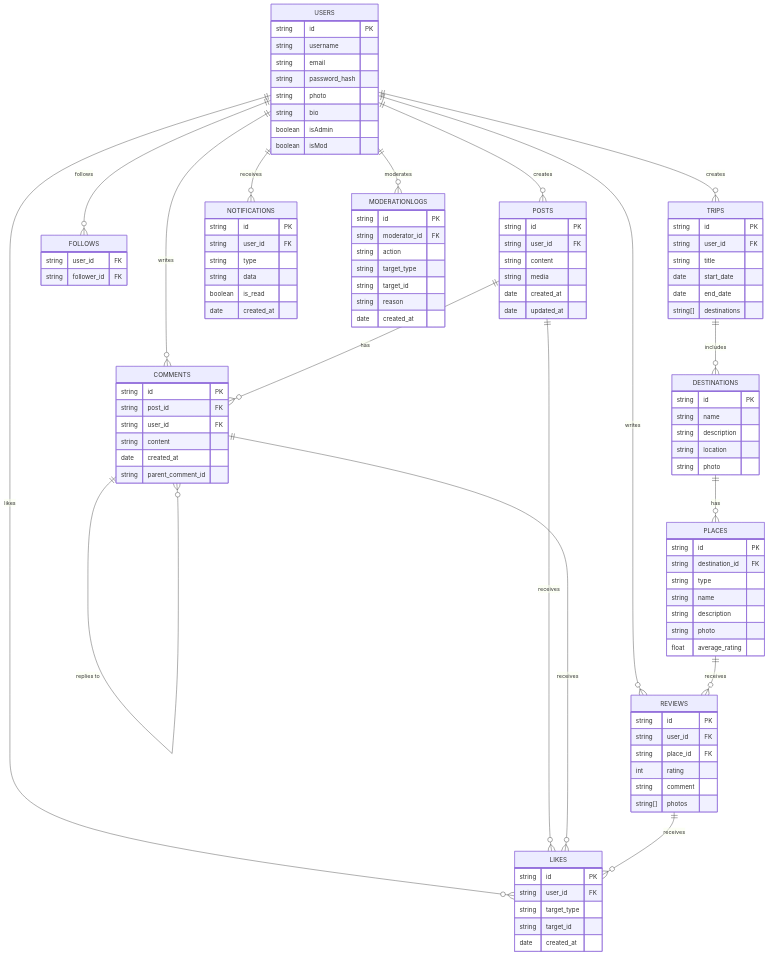
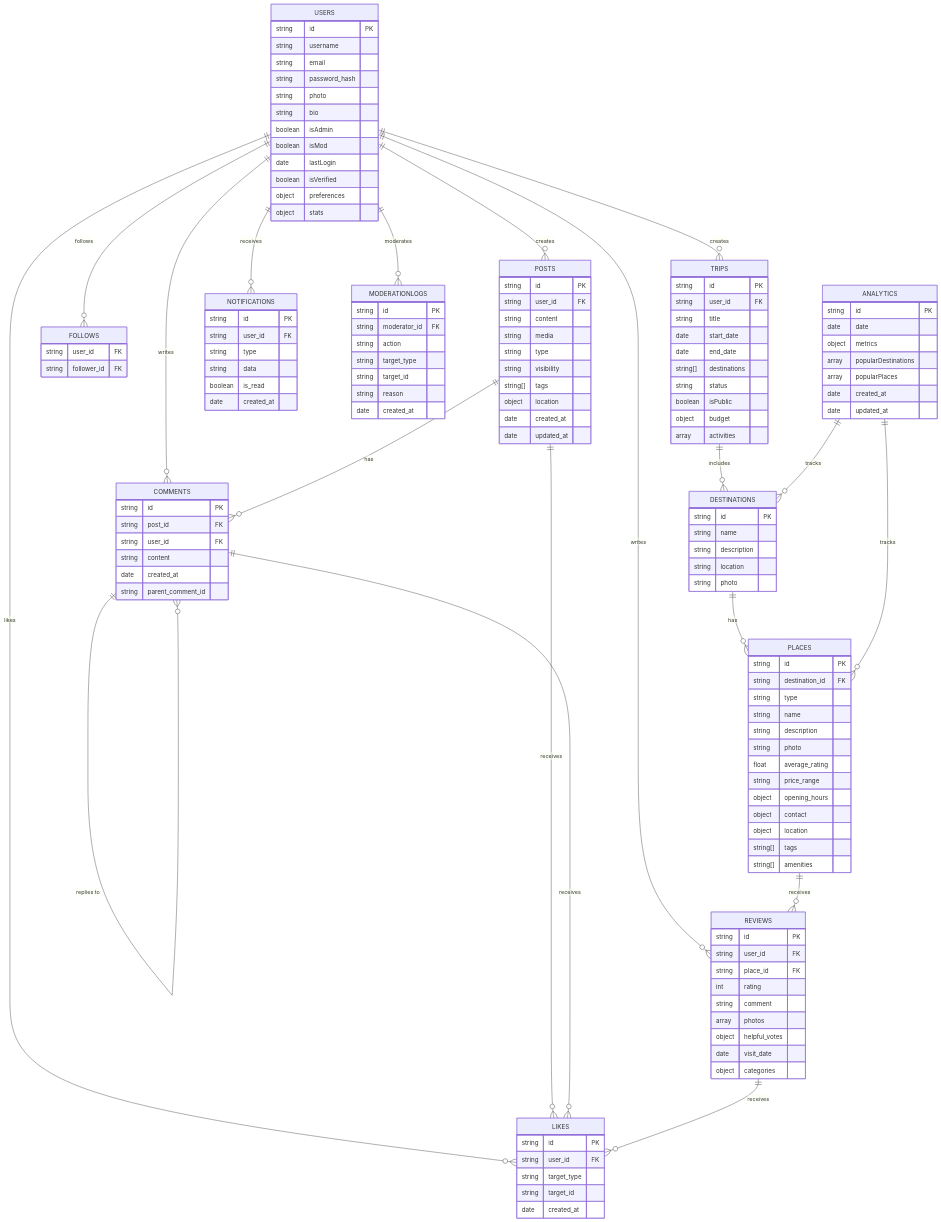
One commit to 8L4CK-8L4Z3/Hermes changed the diagram in DB.mermaid. Above: the diagram before and after it, drawn with Mermaid. The commit also changed 34 other files, not shown here.

```diff
--- a/DB.mermaid
+++ b/DB.mermaid
@@ -1,104 +1,136 @@
 erDiagram
   USERS {
     string id PK
     string username
     string email
     string password_hash
     string photo
     string bio
     boolean isAdmin
     boolean isMod
+    date lastLogin
+    boolean isVerified
+    object preferences
+    object stats
   }
   TRIPS {
     string id PK
     string user_id FK
     string title
     date start_date
     date end_date
     string[] destinations
+    string status
+    boolean isPublic
+    object budget
+    array activities
   }
   DESTINATIONS {
     string id PK
     string name
     string description
     string location
     string photo
   }
   PLACES {
     string id PK
     string destination_id FK
     string type
     string name
     string description
     string photo
     float average_rating
+    string price_range
+    object opening_hours
+    object contact
+    object location
+    string[] tags
+    string[] amenities
   }
   REVIEWS {
     string id PK
     string user_id FK
     string place_id FK
     int rating
     string comment
-    string[] photos
+    array photos
+    object helpful_votes
+    date visit_date
+    object categories
   }
   FOLLOWS {
     string user_id FK
     string follower_id FK
   }
   POSTS {
     string id PK
     string user_id FK
     string content
     string media
+    string type
+    string visibility
+    string[] tags
+    object location
     date created_at
     date updated_at
   }
   COMMENTS {
     string id PK
     string post_id FK
     string user_id FK
     string content
     date created_at
     string parent_comment_id
   }
   LIKES {
     string id PK
     string user_id FK
     string target_type
     string target_id
     date created_at
   }
   NOTIFICATIONS {
     string id PK
     string user_id FK
     string type
     string data
     boolean is_read
     date created_at
   }
   MODERATIONLOGS {
     string id PK
     string moderator_id FK
     string action
     string target_type
     string target_id
     string reason
     date created_at
   }
+  ANALYTICS {
+    string id PK
+    date date
+    object metrics
+    array popularDestinations
+    array popularPlaces
+    date created_at
+    date updated_at
+  }
 
   USERS ||--o{ TRIPS : "creates"
   USERS ||--o{ REVIEWS : "writes"
   USERS ||--o{ POSTS : "creates"
   USERS ||--o{ COMMENTS : "writes"
   USERS ||--o{ FOLLOWS : "follows"
   USERS ||--o{ LIKES : "likes"
   USERS ||--o{ NOTIFICATIONS : "receives"
   USERS ||--o{ MODERATIONLOGS : "moderates"
   TRIPS ||--o{ DESTINATIONS : "includes"
   DESTINATIONS ||--o{ PLACES : "has"
   PLACES ||--o{ REVIEWS : "receives"
   POSTS ||--o{ COMMENTS : "has"
   POSTS ||--o{ LIKES : "receives"
   COMMENTS ||--o{ LIKES : "receives"
   REVIEWS ||--o{ LIKES : "receives"
   COMMENTS ||--o{ COMMENTS : "replies to"
+  ANALYTICS ||--o{ DESTINATIONS : "tracks"
+  ANALYTICS ||--o{ PLACES : "tracks"
```
